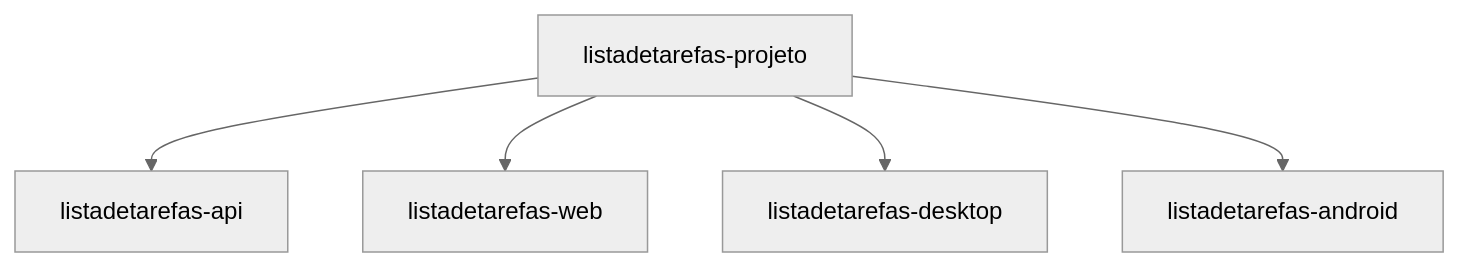
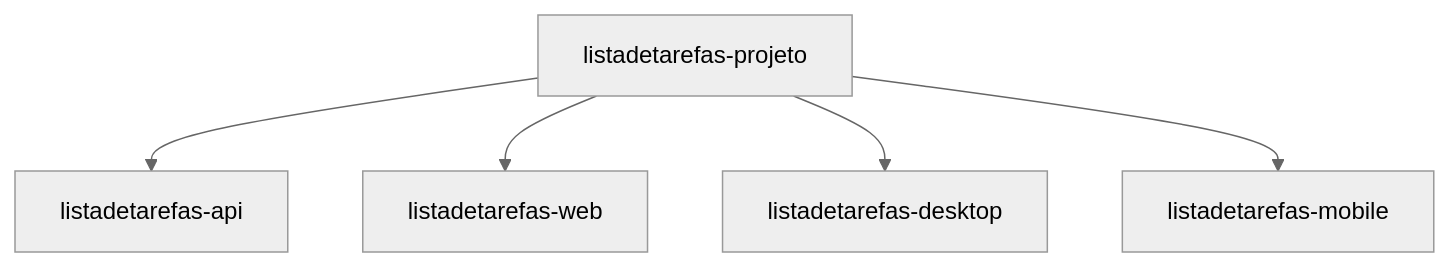
One commit to ricardotecpro/ads_proj_aplicacao_full_stack changed the second of 6 diagrams in projetos/listadetarefas_03/README.md. Above: the diagram before and after it, drawn with Mermaid (neutral theme). The commit also changed other lines of this file and 87 other files, not shown here.

````diff
--- a/projetos/listadetarefas_03/README.md
+++ b/projetos/listadetarefas_03/README.md
@@ -76,8 +76,8 @@
 ```mermaid
 graph TD
     A[listadetarefas-projeto]
     A --> B[listadetarefas-api]
     A --> C[listadetarefas-web]
     A --> D[listadetarefas-desktop]
-    A --> E[listadetarefas-android]    
+    A --> E[listadetarefas-mobile]    
 ```
````
